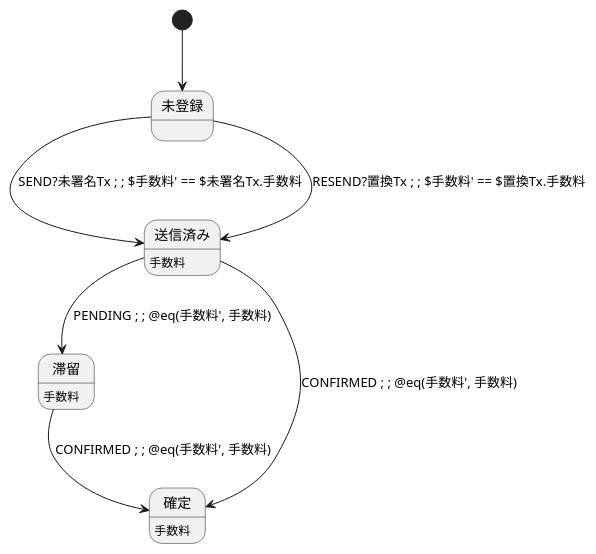
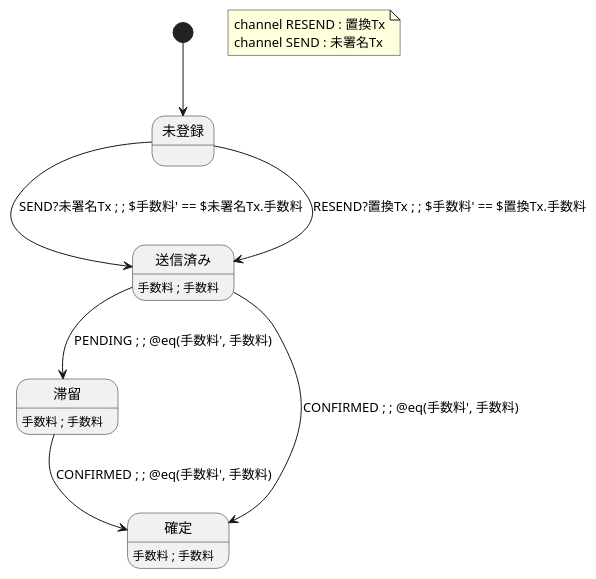
One commit to Kuniwak/puml-parallel changed the diagram in examples/bmc/attempts/local/ATTEMPT.puml. Above: the diagram before and after it, drawn with PlantUML. The commit also changed 73 other files, not shown here.

```diff
--- a/examples/bmc/attempts/local/ATTEMPT.puml
+++ b/examples/bmc/attempts/local/ATTEMPT.puml
@@ -1,19 +1,23 @@
 @startuml ATTEMPT
 ' One transaction attempt, its atoms written in Python. A local clause reads
 ' the event's fields and the instance's own variables, and a local post gives
 ' the instance's variables after the step.
 state "未登録" as attNone
 state "送信済み" as attSent
-attSent : 手数料
+attSent : 手数料 ; 手数料
 state "滞留" as attStuck
-attStuck : 手数料
+attStuck : 手数料 ; 手数料
 state "確定" as attConfirmed
-attConfirmed : 手数料
+attConfirmed : 手数料 ; 手数料
 
 [*] --> attNone
 attNone --> attSent : SEND?未署名Tx ; ; $手数料' == $未署名Tx.手数料
 attNone --> attSent : RESEND?置換Tx ; ; $手数料' == $置換Tx.手数料
 attSent --> attStuck : PENDING ; ; @eq(手数料', 手数料)
 attSent --> attConfirmed : CONFIRMED ; ; @eq(手数料', 手数料)
 attStuck --> attConfirmed : CONFIRMED ; ; @eq(手数料', 手数料)
+note as channels
+  channel RESEND : 置換Tx
+  channel SEND : 未署名Tx
+end note
 @enduml
```
